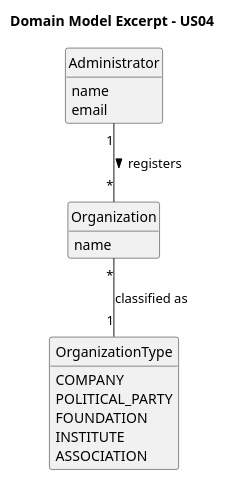
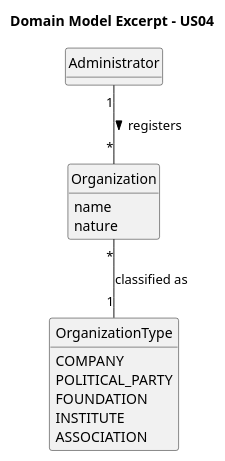
The diagram in docs/system-documentation/US04/02.analysis/puml/US04-DM.puml (brunodspinto/crystal-clear-platform), drawn with PlantUML before and after one commit. The commit also changed 2 other files, not shown here.

Commit message:
Update US04 diagrams #5

```diff
--- a/docs/system-documentation/US04/02.analysis/puml/US04-DM.puml
+++ b/docs/system-documentation/US04/02.analysis/puml/US04-DM.puml
@@ -1,33 +1,32 @@
 @startuml
 skinparam monochrome true
 skinparam packageStyle rectangle
 skinparam shadowing false
 skinparam classAttributeIconSize 0
 
 hide circle
 hide methods
 
 title Domain Model Excerpt - US04
 
 class Administrator {
-    name
-    email
 }
 
 class Organization {
     name
+    nature
 }
 
 enum OrganizationType {
     COMPANY
     POLITICAL_PARTY
     FOUNDATION
     INSTITUTE
     ASSOCIATION
 }
 
 Administrator "1" -- "*" Organization : registers >
 
 Organization "*" -- "1" OrganizationType : classified as
 
 @enduml
```
